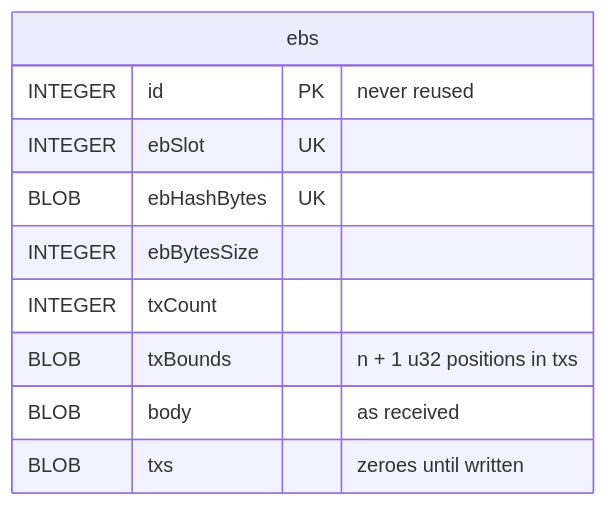
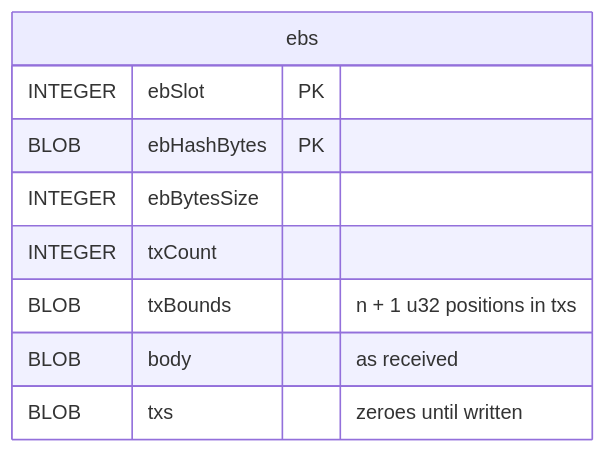
One commit to IntersectMBO/ouroboros-consensus changed the diagram in docs/website/contents/explanations/leiosdb.md. Above: the diagram before and after it, drawn with Mermaid. The commit also changed other lines of this file and 10 other files, not shown here.

````diff
--- a/docs/website/contents/explanations/leiosdb.md
+++ b/docs/website/contents/explanations/leiosdb.md
@@ -32,13 +32,12 @@
 ```mermaid
 erDiagram
     ebs {
-        INTEGER id PK "never reused"
-        INTEGER ebSlot UK
-        BLOB ebHashBytes UK
+        INTEGER ebSlot PK
+        BLOB ebHashBytes PK
         INTEGER ebBytesSize
         INTEGER txCount
         BLOB txBounds "n + 1 u32 positions in txs"
         BLOB body "as received"
         BLOB txs "zeroes until written"
     }
 ```
````
